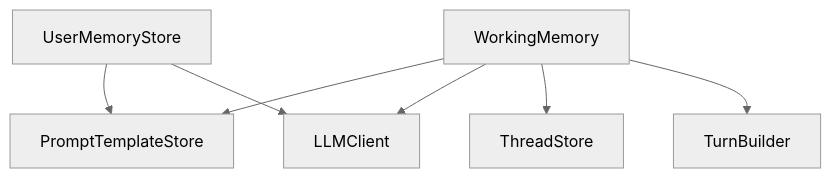
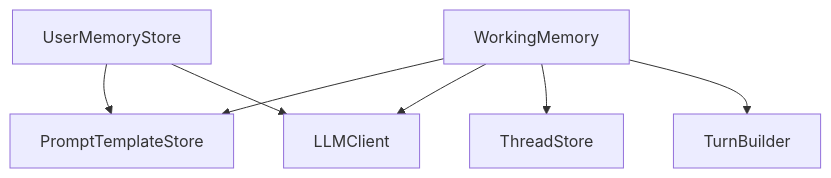
Before and after one commit to aneldev/dyna-ai-gateway: the fourth of 9 diagrams in docs/60-architecture/00-blueprint-classes-and-connections.md, drawn with Mermaid. The commit also changed other lines of this file and 4 other files, not shown here.

First line of the commit message:
DAIG-40116 (feat: Docs site) doc: Mermaid diagrams rendered on the docs site

````diff
--- a/docs/60-architecture/00-blueprint-classes-and-connections.md
+++ b/docs/60-architecture/00-blueprint-classes-and-connections.md
@@ -114,10 +111,9 @@
 ```mermaid
-%%{init: {'theme':'neutral'}}%%
 flowchart TB
   WM[WorkingMemory] --> PT[PromptTemplateStore]
   WM --> DR[LLMClient]
   WM --> TS[ThreadStore]
   WM --> TB[TurnBuilder]
   UM[UserMemoryStore] --> PT
   UM --> DR
 ```
````
